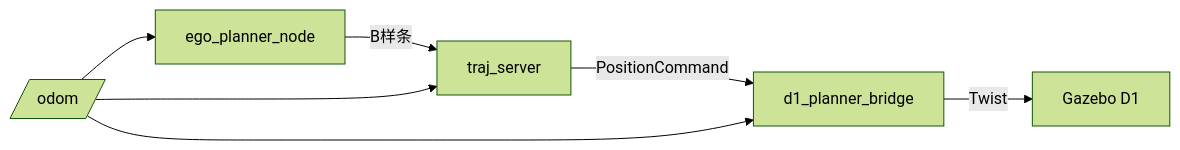
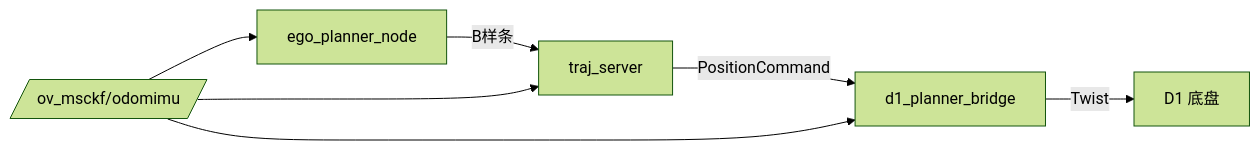
One commit to h6angel/d1pro changed the third of 3 diagrams in docs/00_overview.md. Above: the diagram before and after it, drawn with Mermaid (forest theme). The commit also changed other lines of this file and 13 other files, not shown here.

````diff
--- a/docs/00_overview.md
+++ b/docs/00_overview.md
@@ -151,9 +153,9 @@
 ```mermaid
 flowchart LR
     A[ego_planner_node] -->|B样条| B[traj_server]
     B -->|PositionCommand| C[d1_planner_bridge]
-    C -->|Twist| D[Gazebo D1]
-    O[/odom/] --> A
+    C -->|Twist| D[D1 底盘]
+    O[/ov_msckf/odomimu/] --> A
     O --> B
     O --> C
 ```
````
